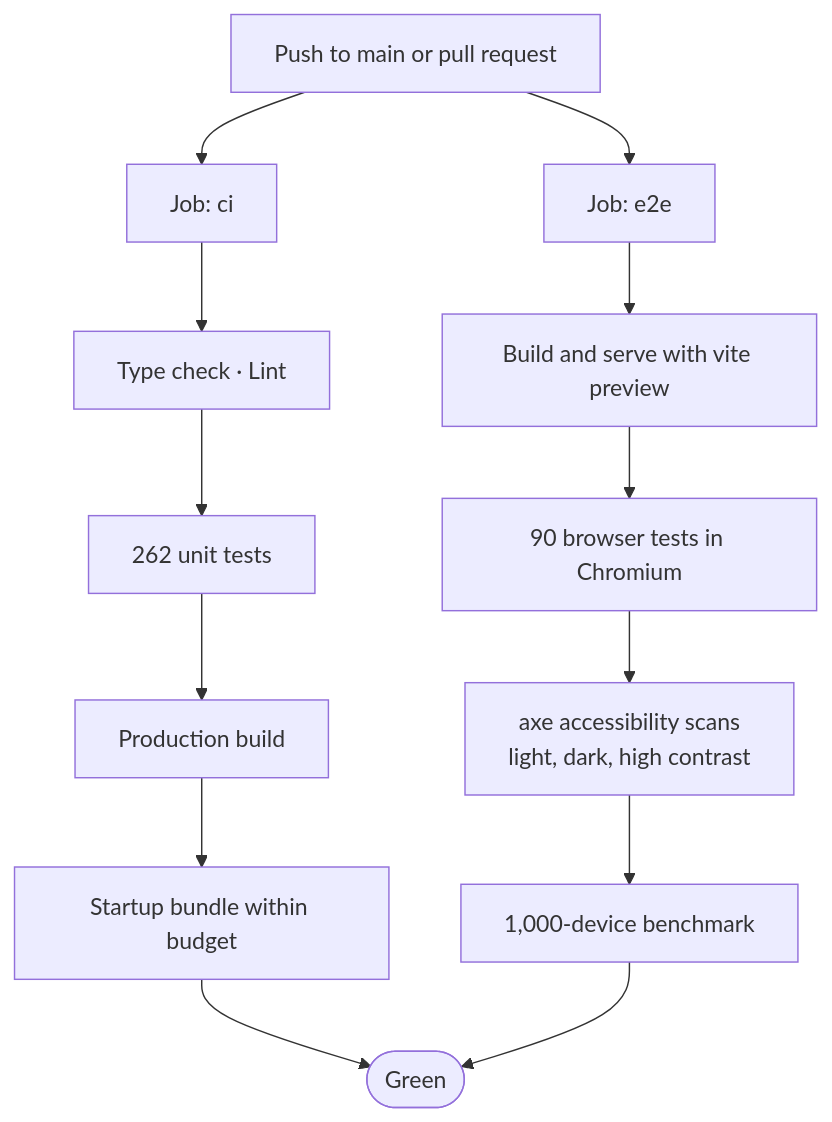
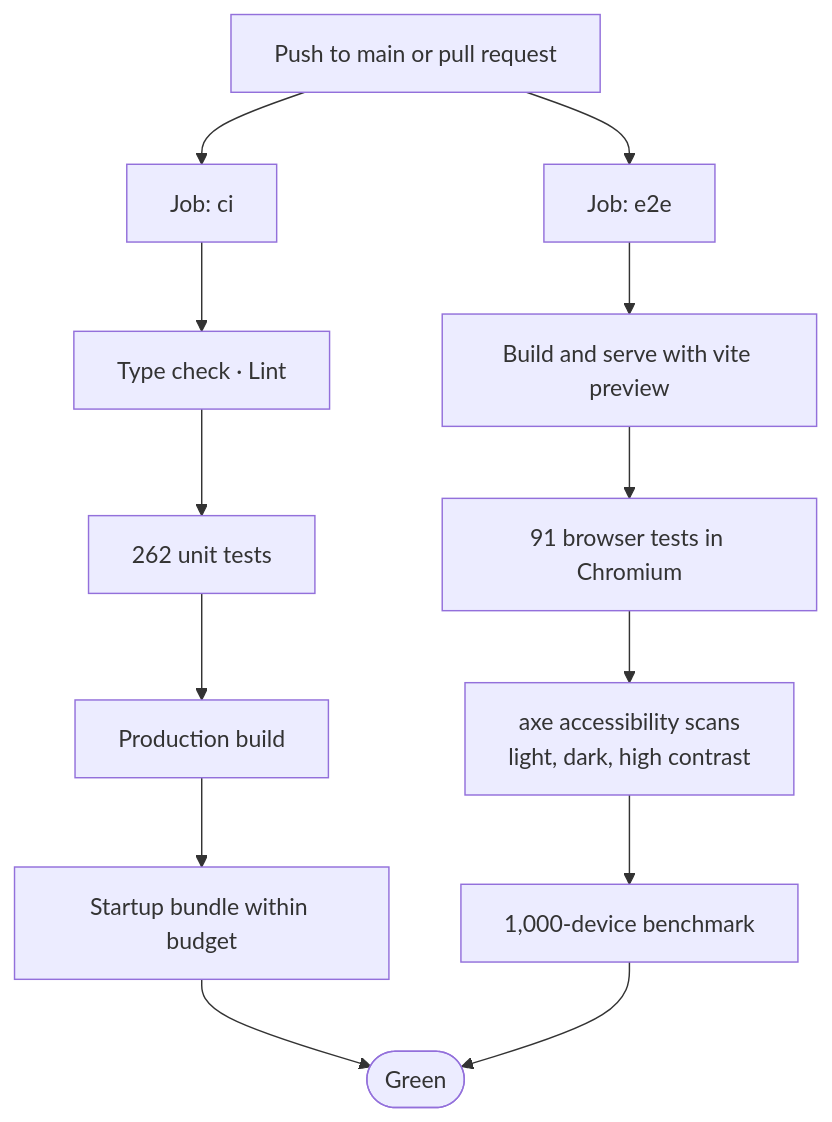
One commit to vijaykumargowdakk/ReSecArc changed diagram 29 of 32 in README.md. Above: the diagram before and after it, drawn with Mermaid. The commit also changed other lines of this file and 7 other files, not shown here.

````diff
--- a/README.md
+++ b/README.md
@@ -1281,15 +1281,15 @@
 ```mermaid
 flowchart TB
     PUSH["Push to main or pull request"] --> J1["Job: ci"]
     PUSH --> J2["Job: e2e"]
     J1 --> A1["Type check · Lint"]
     A1 --> A2["262 unit tests"]
     A2 --> A3["Production build"]
     A3 --> A4["Startup bundle within budget"]
     J2 --> B1["Build and serve with vite preview"]
-    B1 --> B2["90 browser tests in Chromium"]
+    B1 --> B2["91 browser tests in Chromium"]
     B2 --> B3["axe accessibility scans<br/>light, dark, high contrast"]
     B3 --> B4["1,000-device benchmark"]
     A4 --> OK(["Green"])
     B4 --> OK
 ```
````
